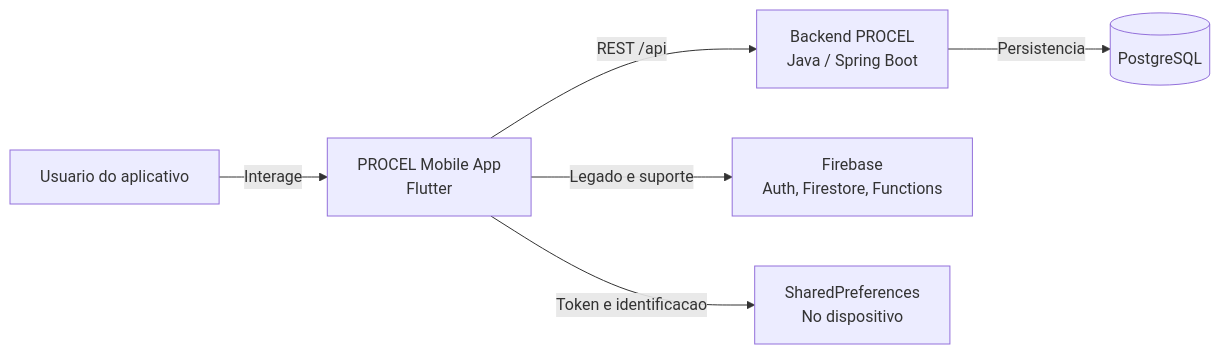
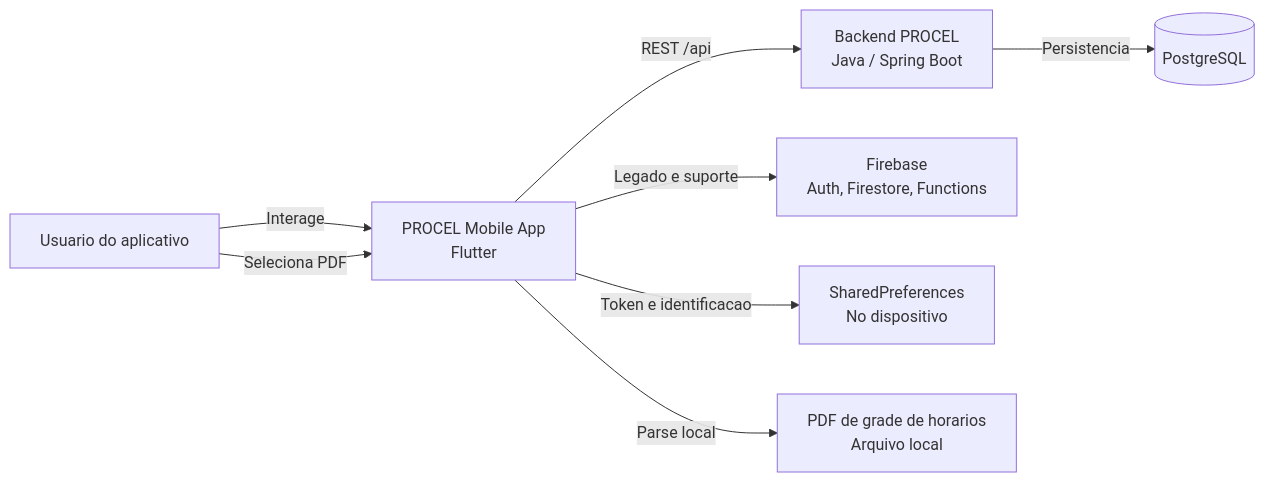
The first of 4 diagrams in docs/arquitetura/sdd-c4.md (ManoelaV/Procel), drawn with Mermaid before and after one commit. The commit also changed other lines of this file and 19 other files, not shown here.

````diff
--- a/docs/arquitetura/sdd-c4.md
+++ b/docs/arquitetura/sdd-c4.md
@@ -132,15 +142,18 @@
 ```mermaid
 flowchart LR
     usuario[Usuario do aplicativo]
     app[PROCEL Mobile App\nFlutter]
     backend[Backend PROCEL\nJava / Spring Boot]
     firebase[Firebase\nAuth, Firestore, Functions]
     db[(PostgreSQL)]
     storage[SharedPreferences\nNo dispositivo]
+    pdf[PDF de grade de horarios\nArquivo local]
 
     usuario -->|Interage| app
+    usuario -->|Seleciona PDF| app
     app -->|REST /api| backend
     app -->|Legado e suporte| firebase
     backend -->|Persistencia| db
     app -->|Token e identificacao| storage
+    app -->|Parse local| pdf
 ```
````
